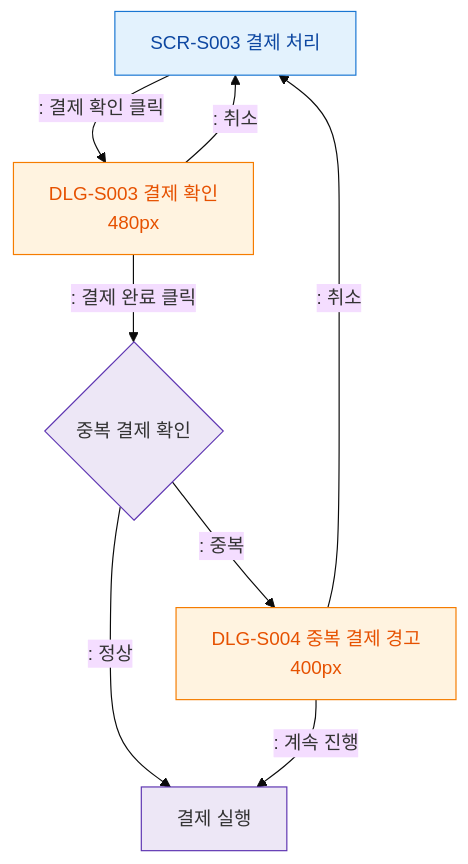
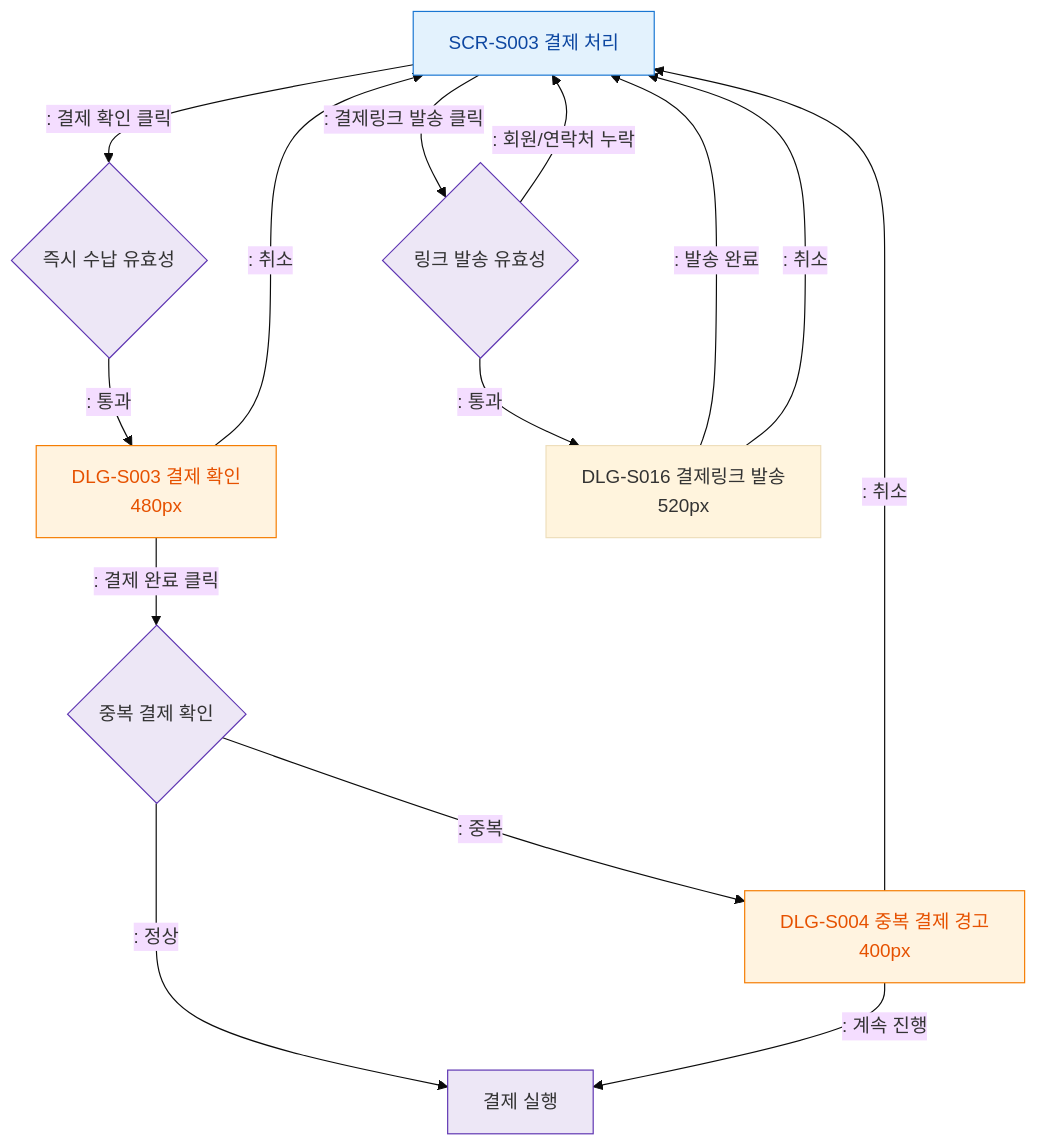
The diagram in docs/admin/다이어그램/D03_매출관리/SCR-S003_결제처리/F5_모달트리거.md (dev-spogym/admin-pando), drawn with Mermaid (base theme) before and after one commit. The commit also changed other lines of this file and 45 other files, not shown here.

````diff
--- a/docs/admin/다이어그램/D03_매출관리/SCR-S003_결제처리/F5_모달트리거.md
+++ b/docs/admin/다이어그램/D03_매출관리/SCR-S003_결제처리/F5_모달트리거.md
@@ -18,23 +18,30 @@
 ```mermaid
 flowchart TD
     S003[SCR-S003 결제 처리]
 
-    S003 -->|": 결제 확인 클릭"|DLG_S003[DLG-S003 결제 확인\n480px]
+    S003 -->|": 결제 확인 클릭"|CONFIRM_GATE{즉시 수납 유효성}
+    S003 -->|": 결제링크 발송 클릭"|LINK_GATE{링크 발송 유효성}
+
+    CONFIRM_GATE -->|": 통과"|DLG_S003[DLG-S003 결제 확인\n480px]
+    LINK_GATE -->|": 통과"|DLG_S016[DLG-S016 결제링크 발송\n520px]
+    LINK_GATE -->|": 회원/연락처 누락"|S003
 
     DLG_S003 -->|": 결제 완료 클릭"|DUP_CHECK{중복 결제 확인}
     DUP_CHECK -->|": 중복"|DLG_S004[DLG-S004 중복 결제 경고\n400px]
     DUP_CHECK -->|": 정상"|EXEC[결제 실행]
 
     DLG_S004 -->|": 계속 진행"|EXEC
     DLG_S004 -->|": 취소"|S003
 
     DLG_S003 -->|": 취소"|S003
+    DLG_S016 -->|": 발송 완료"|S003
+    DLG_S016 -->|": 취소"|S003
 
     classDef screen fill:#E3F2FD,stroke:#1976D2,color:#0D47A1
     classDef modal fill:#FFF3E0,stroke:#F57C00,color:#E65100
     classDef system fill:#EDE7F6,stroke:#5E35B2
 
     class S003 screen
     class DLG_S003,DLG_S004 modal
-    class DUP_CHECK,EXEC system
+    class CONFIRM_GATE,LINK_GATE,DUP_CHECK,EXEC system
 ```
````
